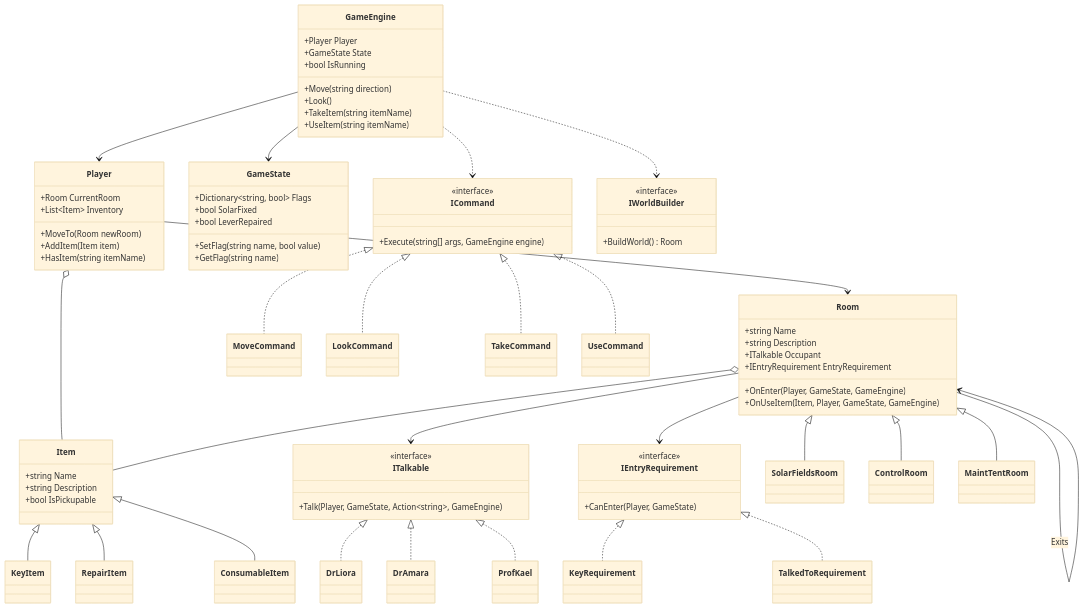
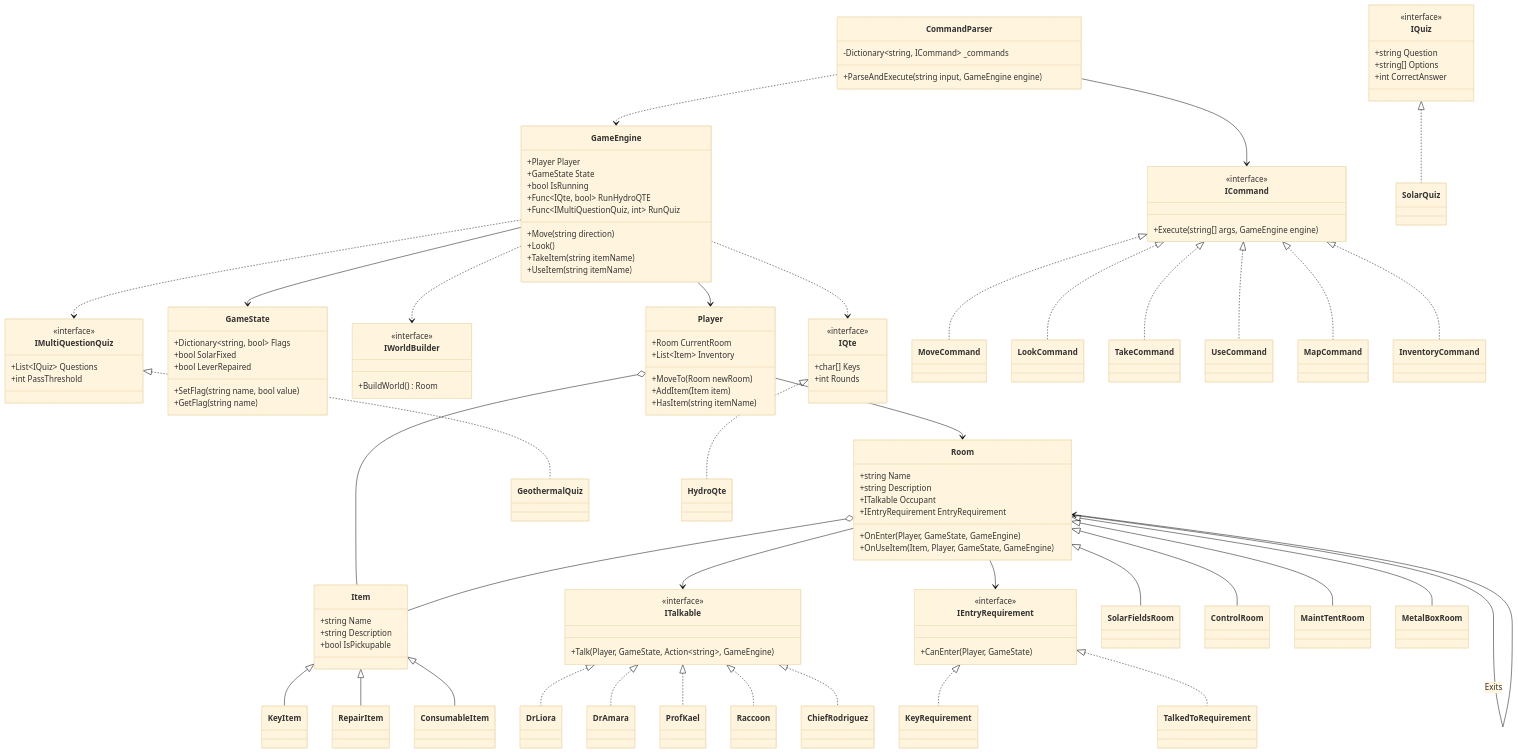
Before and after one commit to vladgarbuz/SemesterProjRefactor: the second of 4 diagrams in README.md, drawn with Mermaid (base theme). The commit also changed other lines of this file, not shown here.

First line of the commit message:
Update README with new diagrams and class details

````diff
--- a/README.md
+++ b/README.md
@@ -526,6 +526,13 @@
         +Look()
         +TakeItem(string itemName)
         +UseItem(string itemName)
+        +Func~IQte, bool~ RunHydroQTE
+        +Func~IMultiQuestionQuiz, int~ RunQuiz
+    }
+
+    class CommandParser {
+        -Dictionary~string, ICommand~ _commands
+        +ParseAndExecute(string input, GameEngine engine)
     }
 
     class Player {
@@ -580,11 +587,34 @@
         +BuildWorld() Room
     }
 
+    class IQuiz {
+        <<interface>>
+        +string Question
+        +string[] Options
+        +int CorrectAnswer
+    }
+
+    class IMultiQuestionQuiz {
+        <<interface>>
+        +List~IQuiz~ Questions
+        +int PassThreshold
+    }
+
+    class IQte {
+        <<interface>>
+        +char[] Keys
+        +int Rounds
+    }
+
     %% Relationships
+    CommandParser --> ICommand
+    CommandParser ..> GameEngine
+
     GameEngine --> Player
     GameEngine --> GameState
     GameEngine ..> IWorldBuilder
-    GameEngine ..> ICommand
+    GameEngine ..> IQte
+    GameEngine ..> IMultiQuestionQuiz
 
     Player --> Room
     Player o-- Item
@@ -599,10 +629,14 @@
     ICommand <|.. LookCommand
     ICommand <|.. TakeCommand
     ICommand <|.. UseCommand
+    ICommand <|.. MapCommand
+    ICommand <|.. InventoryCommand
     
     ITalkable <|.. DrLiora
     ITalkable <|.. DrAmara
     ITalkable <|.. ProfKael
+    ITalkable <|.. Raccoon
+    ITalkable <|.. ChiefRodriguez
     
     IEntryRequirement <|.. KeyRequirement
     IEntryRequirement <|.. TalkedToRequirement
@@ -614,4 +648,9 @@
     Room <|-- SolarFieldsRoom
     Room <|-- ControlRoom
     Room <|-- MaintTentRoom
+    Room <|-- MetalBoxRoom
+
+    IQuiz <|.. SolarQuiz
+    IMultiQuestionQuiz <|.. GeothermalQuiz
+    IQte <|.. HydroQte
 ```
````
